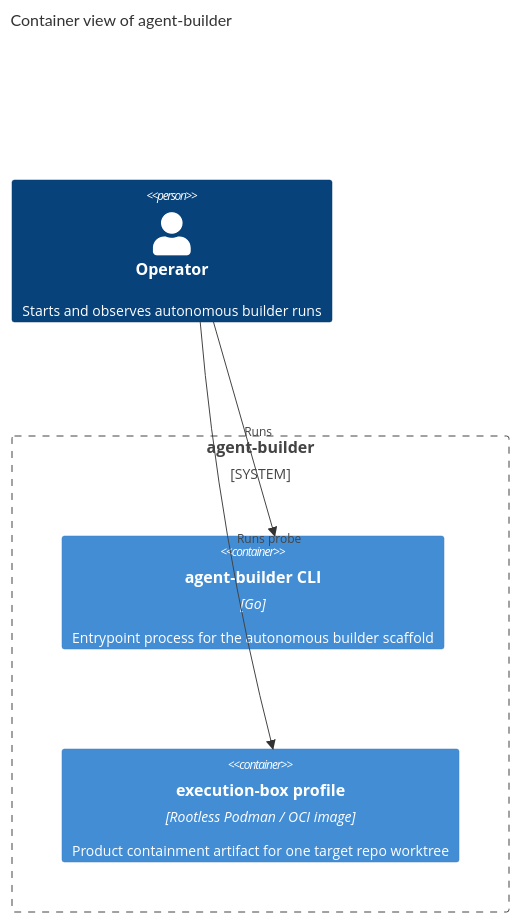
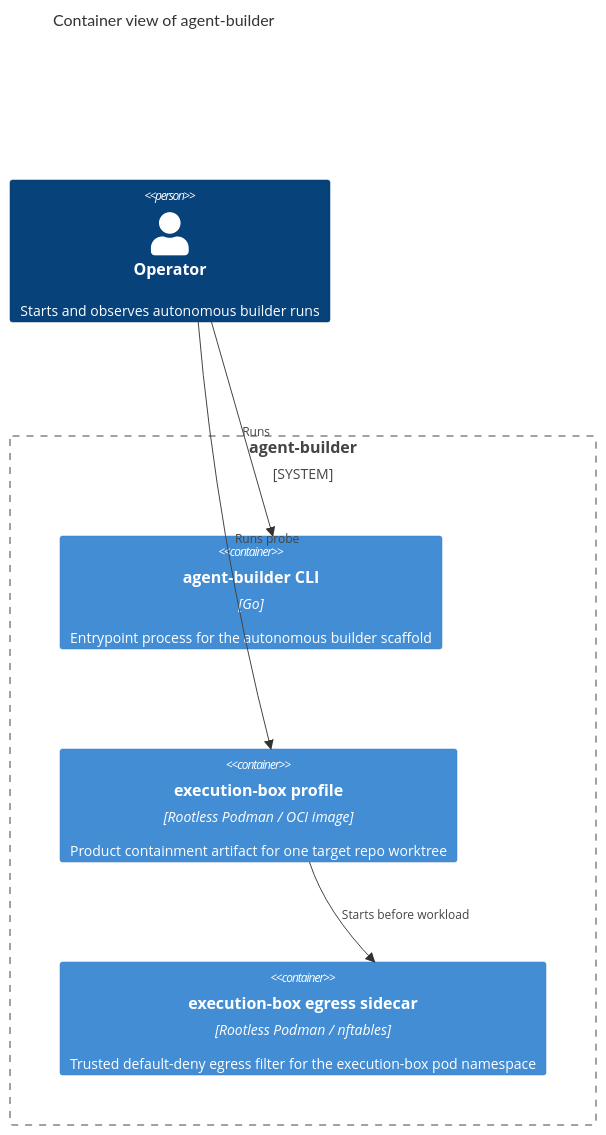
One commit to tkdtaylor/agent-builder changed the second of 4 diagrams in docs/architecture/diagrams.md. Above: the diagram before and after it, drawn with Mermaid. The commit also changed other lines of this file and 15 other files, not shown here.

Commit message:
feat: complete task 015 — default-deny egress allowlist

````diff
--- a/docs/architecture/diagrams.md
+++ b/docs/architecture/diagrams.md
@@ -38,14 +38,16 @@
 ```mermaid
 C4Container
     title Container view of agent-builder
 
     Person(operator, "Operator", "Starts and observes autonomous builder runs")
 
     System_Boundary(boundary, "agent-builder") {
         Container(cli, "agent-builder CLI", "Go", "Entrypoint process for the autonomous builder scaffold")
         Container(execBox, "execution-box profile", "Rootless Podman / OCI image", "Product containment artifact for one target repo worktree")
+        Container(egressSidecar, "execution-box egress sidecar", "Rootless Podman / nftables", "Trusted default-deny egress filter for the execution-box pod namespace")
     }
 
     Rel(operator, cli, "Runs")
     Rel(operator, execBox, "Runs probe")
+    Rel(execBox, egressSidecar, "Starts before workload")
 ```
````
